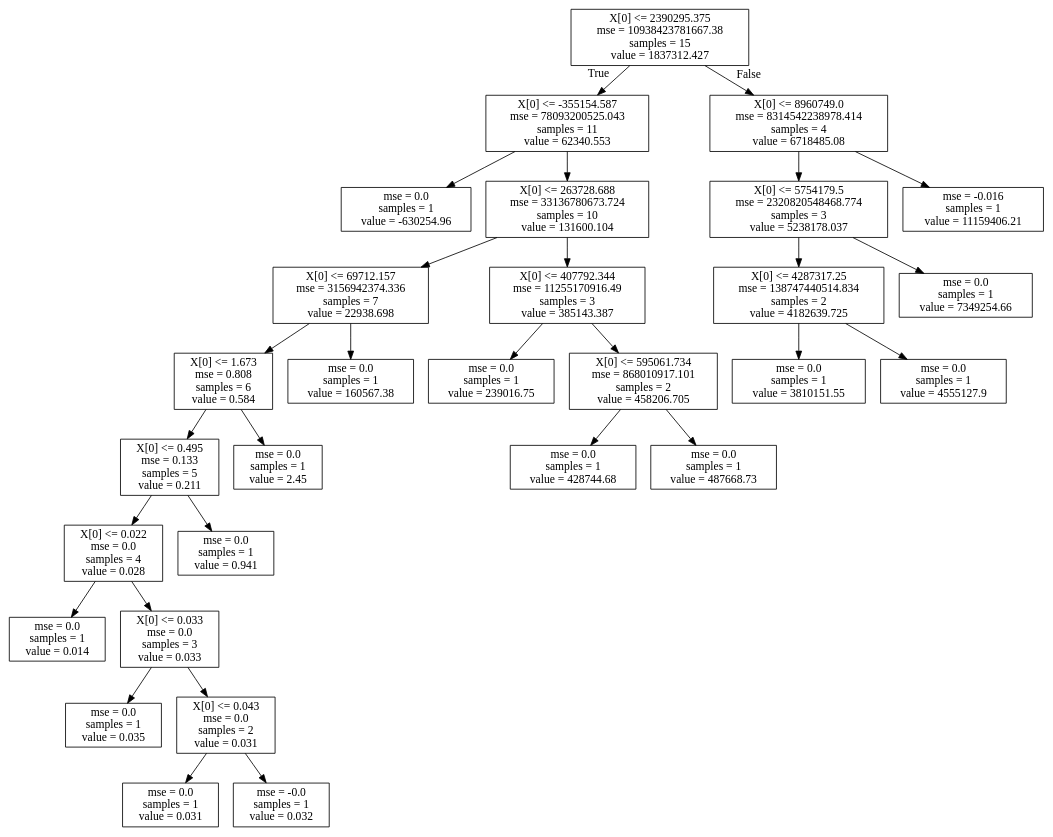
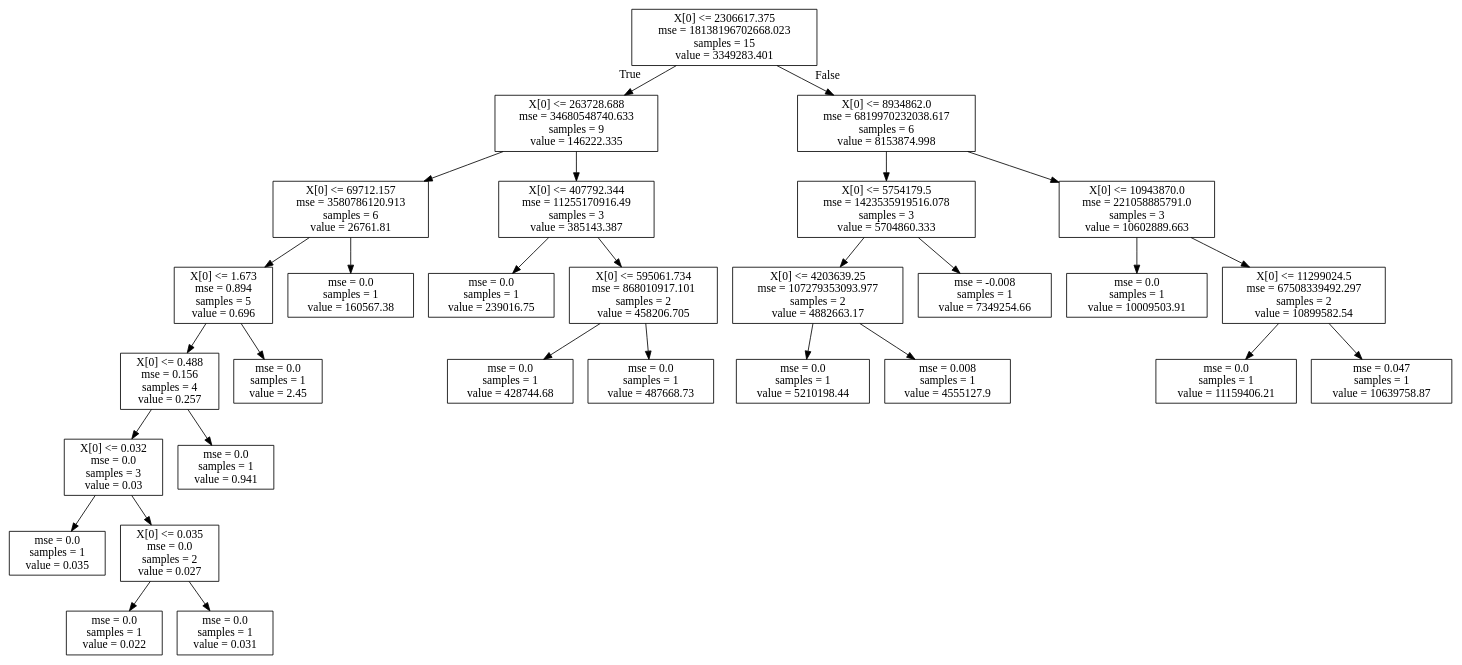
The diagram in dot_tree.dot (Dimitrios-Mourtzilas/Business-Strategy), drawn with Graphviz before and after one commit. The commit also changed 4 other files, not shown here.

```diff
--- a/dot_tree.dot
+++ b/dot_tree.dot
@@ -1,60 +1,60 @@
 digraph Tree {
 node [shape=box] ;
-0 [label="X[0] <= 2390295.375\nmse = 10938423781667.38\nsamples = 15\nvalue = 1837312.427"] ;
-1 [label="X[0] <= -355154.587\nmse = 78093200525.043\nsamples = 11\nvalue = 62340.553"] ;
+0 [label="X[0] <= 2306617.375\nmse = 18138196702668.023\nsamples = 15\nvalue = 3349283.401"] ;
+1 [label="X[0] <= 263728.688\nmse = 34680548740.633\nsamples = 9\nvalue = 146222.335"] ;
 0 -> 1 [labeldistance=2.5, labelangle=45, headlabel="True"] ;
-2 [label="mse = 0.0\nsamples = 1\nvalue = -630254.96"] ;
+2 [label="X[0] <= 69712.157\nmse = 3580786120.913\nsamples = 6\nvalue = 26761.81"] ;
 1 -> 2 ;
-3 [label="X[0] <= 263728.688\nmse = 33136780673.724\nsamples = 10\nvalue = 131600.104"] ;
-1 -> 3 ;
-4 [label="X[0] <= 69712.157\nmse = 3156942374.336\nsamples = 7\nvalue = 22938.698"] ;
+3 [label="X[0] <= 1.673\nmse = 0.894\nsamples = 5\nvalue = 0.696"] ;
+2 -> 3 ;
+4 [label="X[0] <= 0.488\nmse = 0.156\nsamples = 4\nvalue = 0.257"] ;
 3 -> 4 ;
-5 [label="X[0] <= 1.673\nmse = 0.808\nsamples = 6\nvalue = 0.584"] ;
+5 [label="X[0] <= 0.032\nmse = 0.0\nsamples = 3\nvalue = 0.03"] ;
 4 -> 5 ;
-6 [label="X[0] <= 0.495\nmse = 0.133\nsamples = 5\nvalue = 0.211"] ;
+6 [label="mse = 0.0\nsamples = 1\nvalue = 0.035"] ;
 5 -> 6 ;
-7 [label="X[0] <= 0.022\nmse = 0.0\nsamples = 4\nvalue = 0.028"] ;
-6 -> 7 ;
-8 [label="mse = 0.0\nsamples = 1\nvalue = 0.014"] ;
+7 [label="X[0] <= 0.035\nmse = 0.0\nsamples = 2\nvalue = 0.027"] ;
+5 -> 7 ;
+8 [label="mse = 0.0\nsamples = 1\nvalue = 0.022"] ;
 7 -> 8 ;
-9 [label="X[0] <= 0.033\nmse = 0.0\nsamples = 3\nvalue = 0.033"] ;
+9 [label="mse = 0.0\nsamples = 1\nvalue = 0.031"] ;
 7 -> 9 ;
-10 [label="mse = 0.0\nsamples = 1\nvalue = 0.035"] ;
-9 -> 10 ;
-11 [label="X[0] <= 0.043\nmse = 0.0\nsamples = 2\nvalue = 0.031"] ;
-9 -> 11 ;
-12 [label="mse = 0.0\nsamples = 1\nvalue = 0.031"] ;
-11 -> 12 ;
-13 [label="mse = -0.0\nsamples = 1\nvalue = 0.032"] ;
-11 -> 13 ;
-14 [label="mse = 0.0\nsamples = 1\nvalue = 0.941"] ;
-6 -> 14 ;
-15 [label="mse = 0.0\nsamples = 1\nvalue = 2.45"] ;
-5 -> 15 ;
-16 [label="mse = 0.0\nsamples = 1\nvalue = 160567.38"] ;
-4 -> 16 ;
-17 [label="X[0] <= 407792.344\nmse = 11255170916.49\nsamples = 3\nvalue = 385143.387"] ;
-3 -> 17 ;
-18 [label="mse = 0.0\nsamples = 1\nvalue = 239016.75"] ;
-17 -> 18 ;
-19 [label="X[0] <= 595061.734\nmse = 868010917.101\nsamples = 2\nvalue = 458206.705"] ;
-17 -> 19 ;
-20 [label="mse = 0.0\nsamples = 1\nvalue = 428744.68"] ;
+10 [label="mse = 0.0\nsamples = 1\nvalue = 0.941"] ;
+4 -> 10 ;
+11 [label="mse = 0.0\nsamples = 1\nvalue = 2.45"] ;
+3 -> 11 ;
+12 [label="mse = 0.0\nsamples = 1\nvalue = 160567.38"] ;
+2 -> 12 ;
+13 [label="X[0] <= 407792.344\nmse = 11255170916.49\nsamples = 3\nvalue = 385143.387"] ;
+1 -> 13 ;
+14 [label="mse = 0.0\nsamples = 1\nvalue = 239016.75"] ;
+13 -> 14 ;
+15 [label="X[0] <= 595061.734\nmse = 868010917.101\nsamples = 2\nvalue = 458206.705"] ;
+13 -> 15 ;
+16 [label="mse = 0.0\nsamples = 1\nvalue = 428744.68"] ;
+15 -> 16 ;
+17 [label="mse = 0.0\nsamples = 1\nvalue = 487668.73"] ;
+15 -> 17 ;
+18 [label="X[0] <= 8934862.0\nmse = 6819970232038.617\nsamples = 6\nvalue = 8153874.998"] ;
+0 -> 18 [labeldistance=2.5, labelangle=-45, headlabel="False"] ;
+19 [label="X[0] <= 5754179.5\nmse = 1423535919516.078\nsamples = 3\nvalue = 5704860.333"] ;
+18 -> 19 ;
+20 [label="X[0] <= 4203639.25\nmse = 107279353093.977\nsamples = 2\nvalue = 4882663.17"] ;
 19 -> 20 ;
-21 [label="mse = 0.0\nsamples = 1\nvalue = 487668.73"] ;
-19 -> 21 ;
-22 [label="X[0] <= 8960749.0\nmse = 8314542238978.414\nsamples = 4\nvalue = 6718485.08"] ;
-0 -> 22 [labeldistance=2.5, labelangle=-45, headlabel="False"] ;
-23 [label="X[0] <= 5754179.5\nmse = 2320820548468.774\nsamples = 3\nvalue = 5238178.037"] ;
-22 -> 23 ;
-24 [label="X[0] <= 4287317.25\nmse = 138747440514.834\nsamples = 2\nvalue = 4182639.725"] ;
-23 -> 24 ;
-25 [label="mse = 0.0\nsamples = 1\nvalue = 3810151.55"] ;
+21 [label="mse = 0.0\nsamples = 1\nvalue = 5210198.44"] ;
+20 -> 21 ;
+22 [label="mse = 0.008\nsamples = 1\nvalue = 4555127.9"] ;
+20 -> 22 ;
+23 [label="mse = -0.008\nsamples = 1\nvalue = 7349254.66"] ;
+19 -> 23 ;
+24 [label="X[0] <= 10943870.0\nmse = 221058885791.0\nsamples = 3\nvalue = 10602889.663"] ;
+18 -> 24 ;
+25 [label="mse = 0.0\nsamples = 1\nvalue = 10009503.91"] ;
 24 -> 25 ;
-26 [label="mse = 0.0\nsamples = 1\nvalue = 4555127.9"] ;
+26 [label="X[0] <= 11299024.5\nmse = 67508339492.297\nsamples = 2\nvalue = 10899582.54"] ;
 24 -> 26 ;
-27 [label="mse = 0.0\nsamples = 1\nvalue = 7349254.66"] ;
-23 -> 27 ;
-28 [label="mse = -0.016\nsamples = 1\nvalue = 11159406.21"] ;
-22 -> 28 ;
+27 [label="mse = 0.0\nsamples = 1\nvalue = 11159406.21"] ;
+26 -> 27 ;
+28 [label="mse = 0.047\nsamples = 1\nvalue = 10639758.87"] ;
+26 -> 28 ;
 }
```
